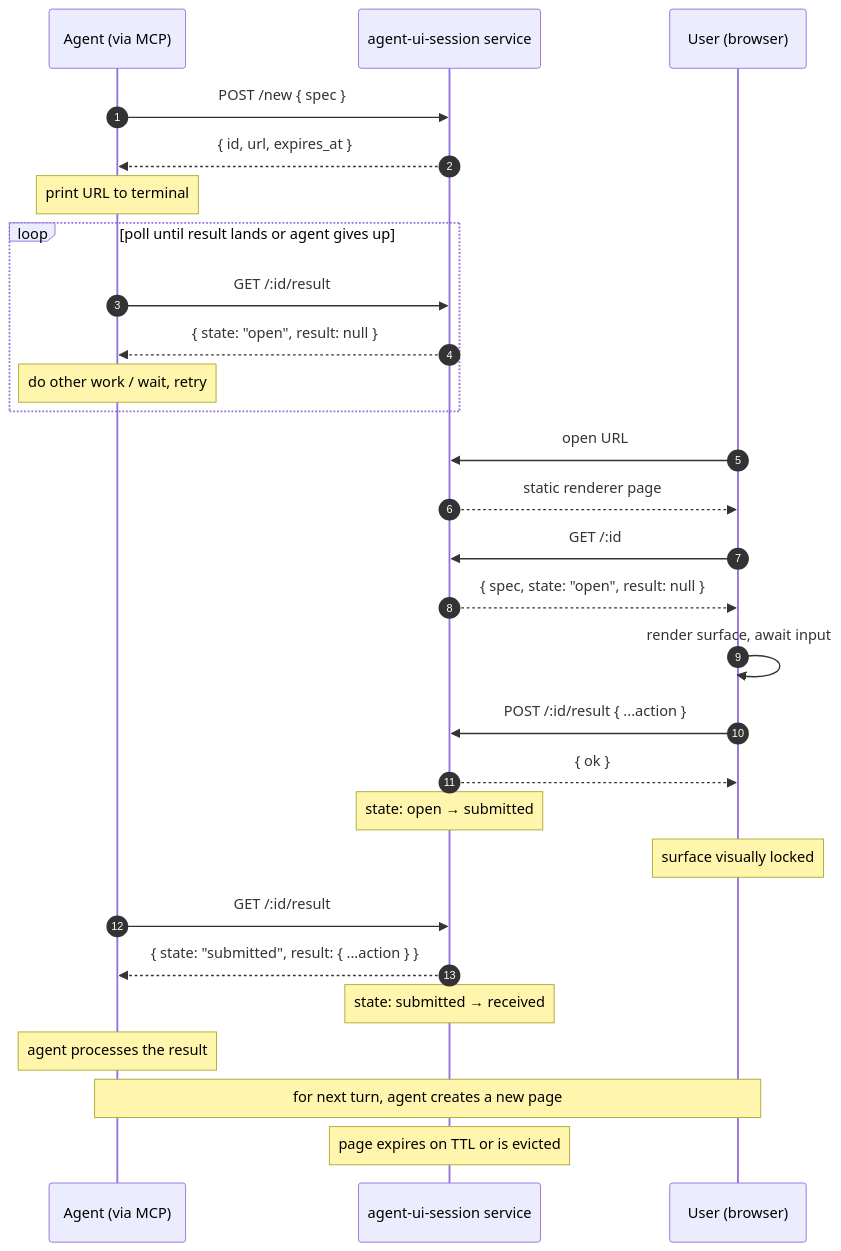
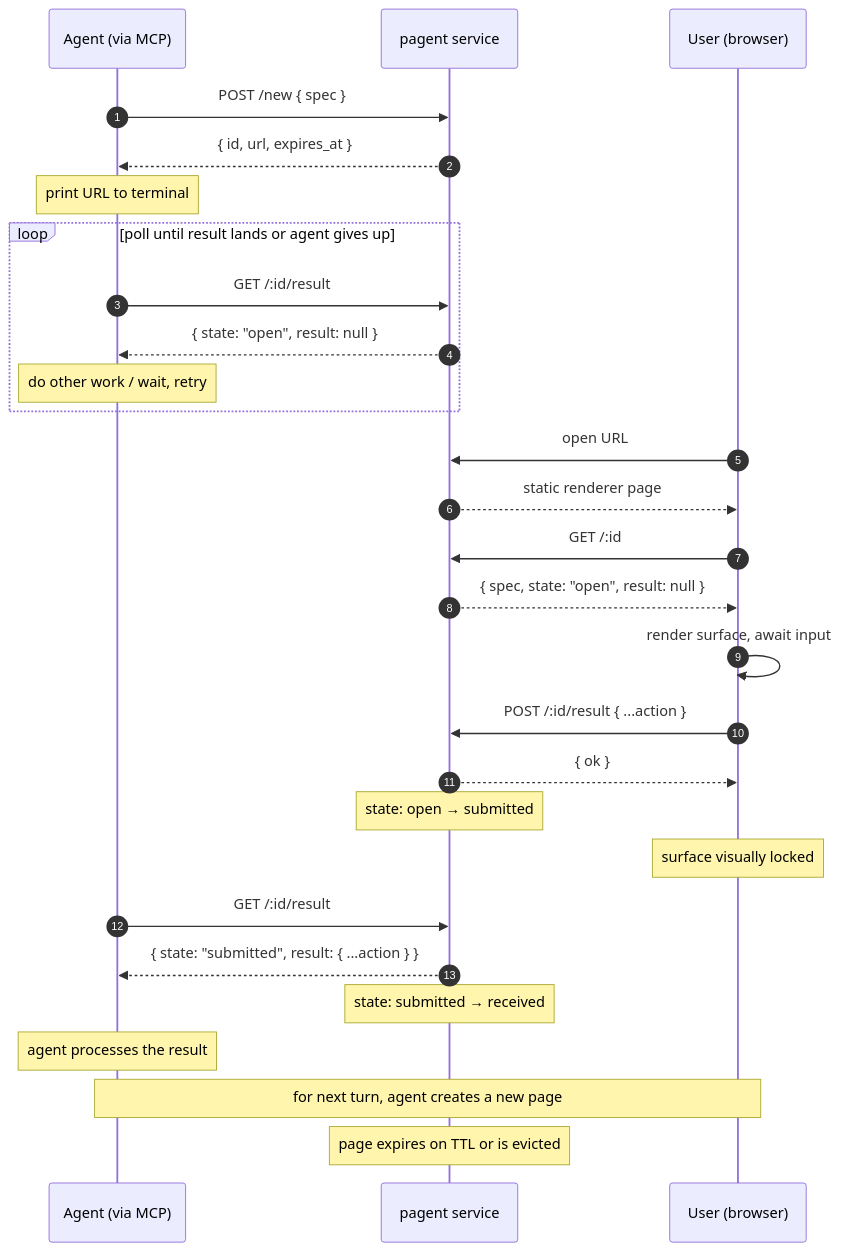
The diagram in PRD.md (blockful/pagent), drawn with Mermaid before and after one commit. The commit also changed other lines of this file and 22 other files, not shown here.

````diff
--- a/PRD.md
+++ b/PRD.md
@@ -35,36 +35,36 @@
 ```mermaid
 sequenceDiagram
   autonumber
   participant A as Agent (via MCP)
-  participant S as agent-ui-session service
+  participant S as pagent service
   participant U as User (browser)
 
   A->>S: POST /new { spec }
   S-->>A: { id, url, expires_at }
   Note over A: print URL to terminal
 
   loop poll until result lands or agent gives up
     A->>S: GET /:id/result
     S-->>A: { state: "open", result: null }
     Note over A: do other work / wait, retry
   end
 
   U->>S: open URL
   S-->>U: static renderer page
   U->>S: GET /:id
   S-->>U: { spec, state: "open", result: null }
   U->>U: render surface, await input
 
   U->>S: POST /:id/result { ...action }
   S-->>U: { ok }
   Note over S: state: open → submitted
   Note over U: surface visually locked
 
   A->>S: GET /:id/result
   S-->>A: { state: "submitted", result: { ...action } }
   Note over S: state: submitted → received
   Note over A: agent processes the result
 
   Note over A,U: for next turn, agent creates a new page
   Note over S: page expires on TTL or is evicted
 ```
````
